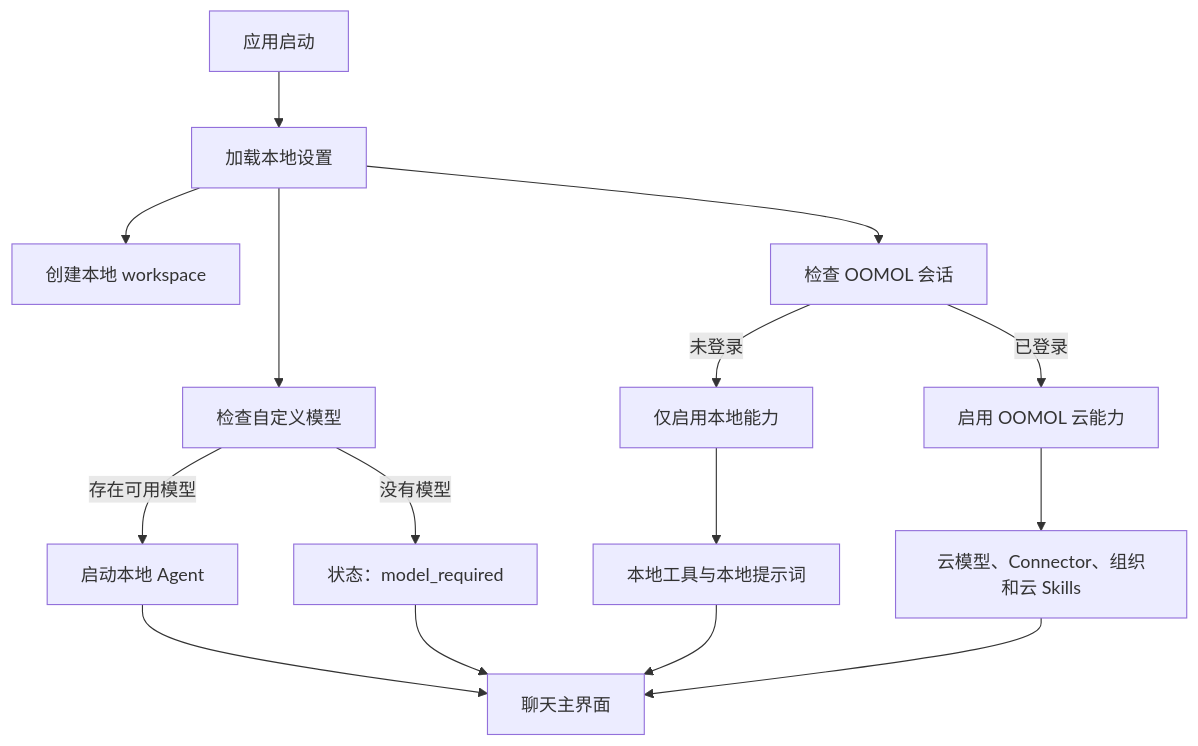
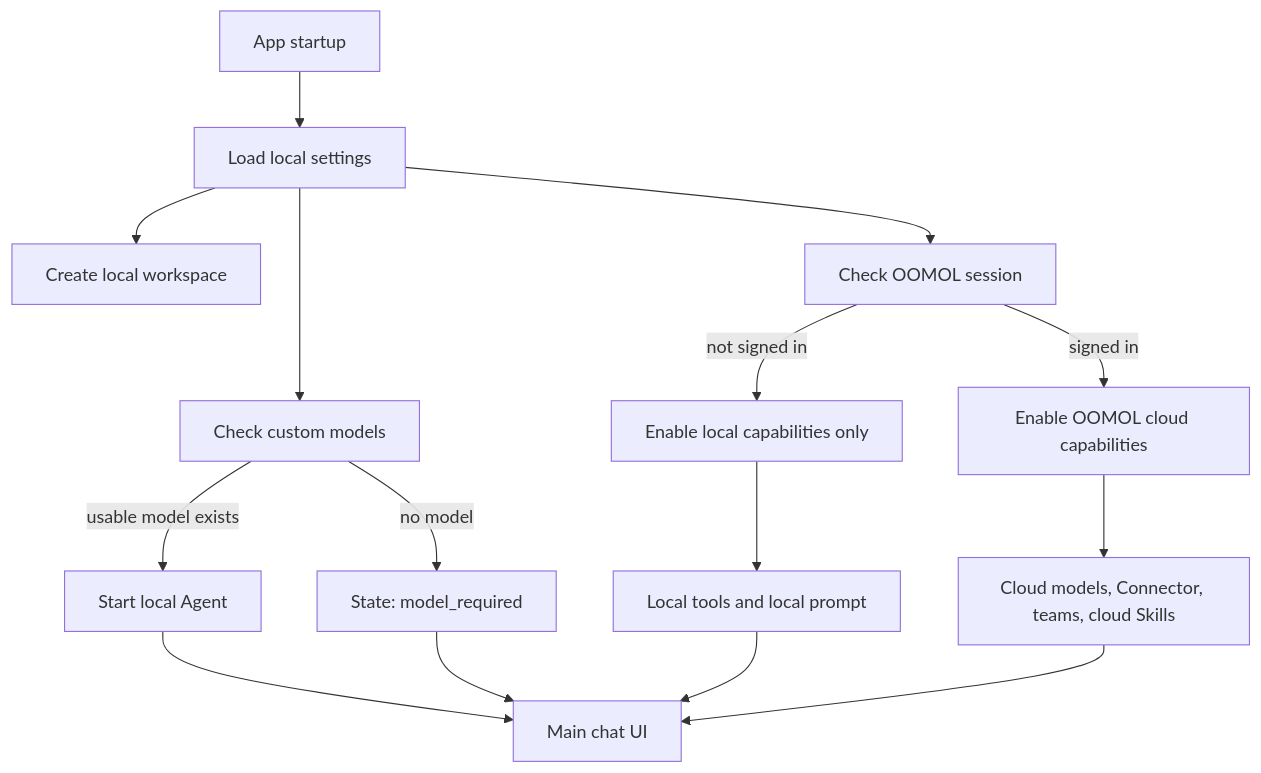
Before and after one commit to oomol-lab/wanta: the diagram in docs/open-source-plan.md, drawn with Mermaid. The commit also changed other lines of this file and 14 other files, not shown here.

````diff
--- a/docs/open-source-plan.md
+++ b/docs/open-source-plan.md
@@ -155,17 +177,17 @@
 ```mermaid
 flowchart TD
-    A["应用启动"] --> B["加载本地设置"]
-    B --> C["创建本地 workspace"]
-    B --> D["检查自定义模型"]
-    B --> E["检查 OOMOL 会话"]
-    D -->|存在可用模型| F["启动本地 Agent"]
-    D -->|没有模型| G["状态：model_required"]
-    E -->|未登录| H["仅启用本地能力"]
-    E -->|已登录| I["启用 OOMOL 云能力"]
-    H --> J["本地工具与本地提示词"]
-    I --> K["云模型、Connector、组织和云 Skills"]
-    F --> L["聊天主界面"]
+    A["App startup"] --> B["Load local settings"]
+    B --> C["Create local workspace"]
+    B --> D["Check custom models"]
+    B --> E["Check OOMOL session"]
+    D -->|usable model exists| F["Start local Agent"]
+    D -->|no model| G["State: model_required"]
+    E -->|not signed in| H["Enable local capabilities only"]
+    E -->|signed in| I["Enable OOMOL cloud capabilities"]
+    H --> J["Local tools and local prompt"]
+    I --> K["Cloud models, Connector, teams, cloud Skills"]
+    F --> L["Main chat UI"]
     G --> L
     J --> L
     K --> L
 ```
````
